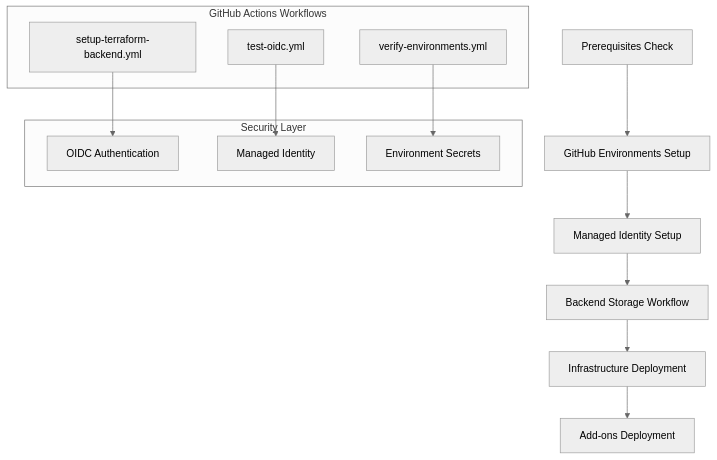
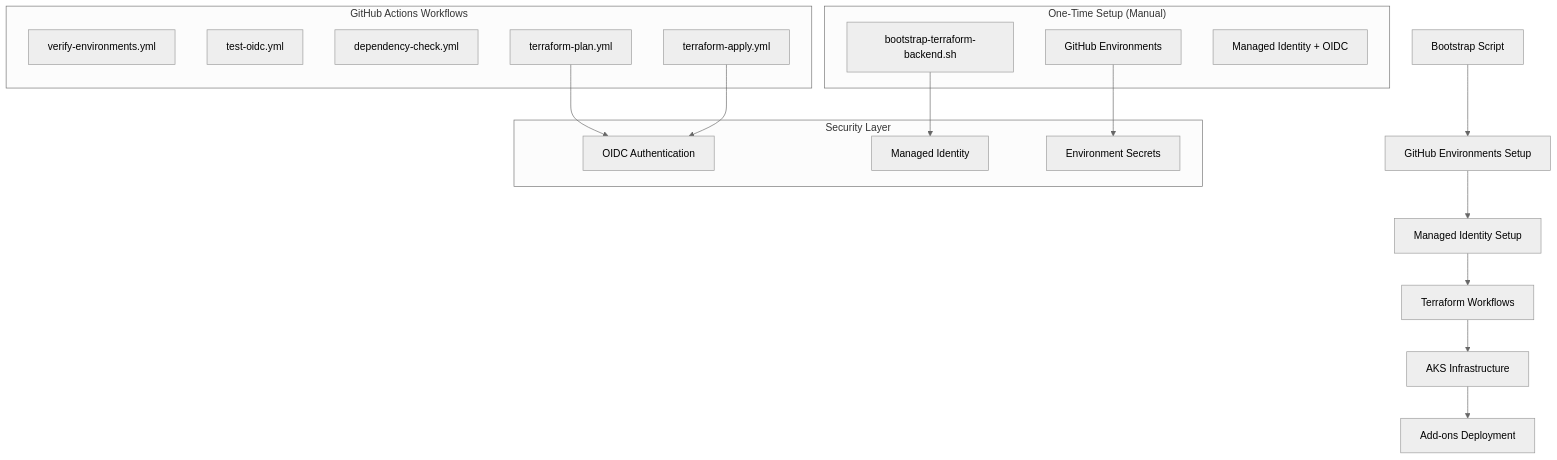
Before and after one commit to ckellywilson/aks-private: the first of 4 diagrams in .github/workflows/README.md, drawn with Mermaid (neutral theme). The commit also changed other lines of this file and 11 other files, not shown here.

````diff
--- a/.github/workflows/README.md
+++ b/.github/workflows/README.md
@@ -7,24 +7,33 @@
 ```mermaid
 graph TB
-    A[Prerequisites Check] --> B[GitHub Environments Setup]
+    A[Bootstrap Script] --> B[GitHub Environments Setup]
     B --> C[Managed Identity Setup]
-    C --> D[Backend Storage Workflow]
-    D --> E[Infrastructure Deployment]
+    C --> D[Terraform Workflows]
+    D --> E[AKS Infrastructure]
     E --> F[Add-ons Deployment]
+    
+    subgraph "One-Time Setup (Manual)"
+        S1[bootstrap-terraform-backend.sh]
+        S2[GitHub Environments]
+        S3[Managed Identity + OIDC]
+    end
     
     subgraph "GitHub Actions Workflows"
         W1[verify-environments.yml]
-        W2[setup-terraform-backend.yml]
-        W3[test-oidc.yml]
+        W2[test-oidc.yml]
+        W3[dependency-check.yml]
+        W4[terraform-plan.yml]
+        W5[terraform-apply.yml]
     end
     
     subgraph "Security Layer"
-        S1[OIDC Authentication]
-        S2[Managed Identity]
-        S3[Environment Secrets]
+        SEC1[OIDC Authentication]
+        SEC2[Managed Identity]
+        SEC3[Environment Secrets]
     end
     
-    W1 --> S3
-    W2 --> S1
-    W3 --> S2
+    S1 --> SEC2
+    S2 --> SEC3
+    W4 --> SEC1
+    W5 --> SEC1
 ```
````
